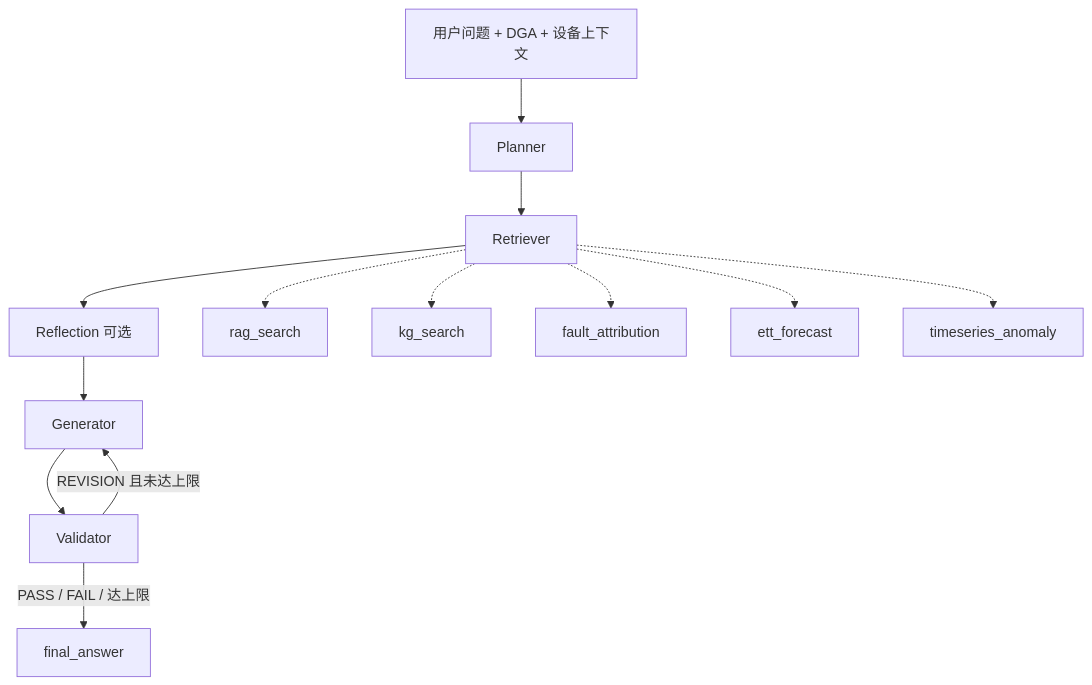
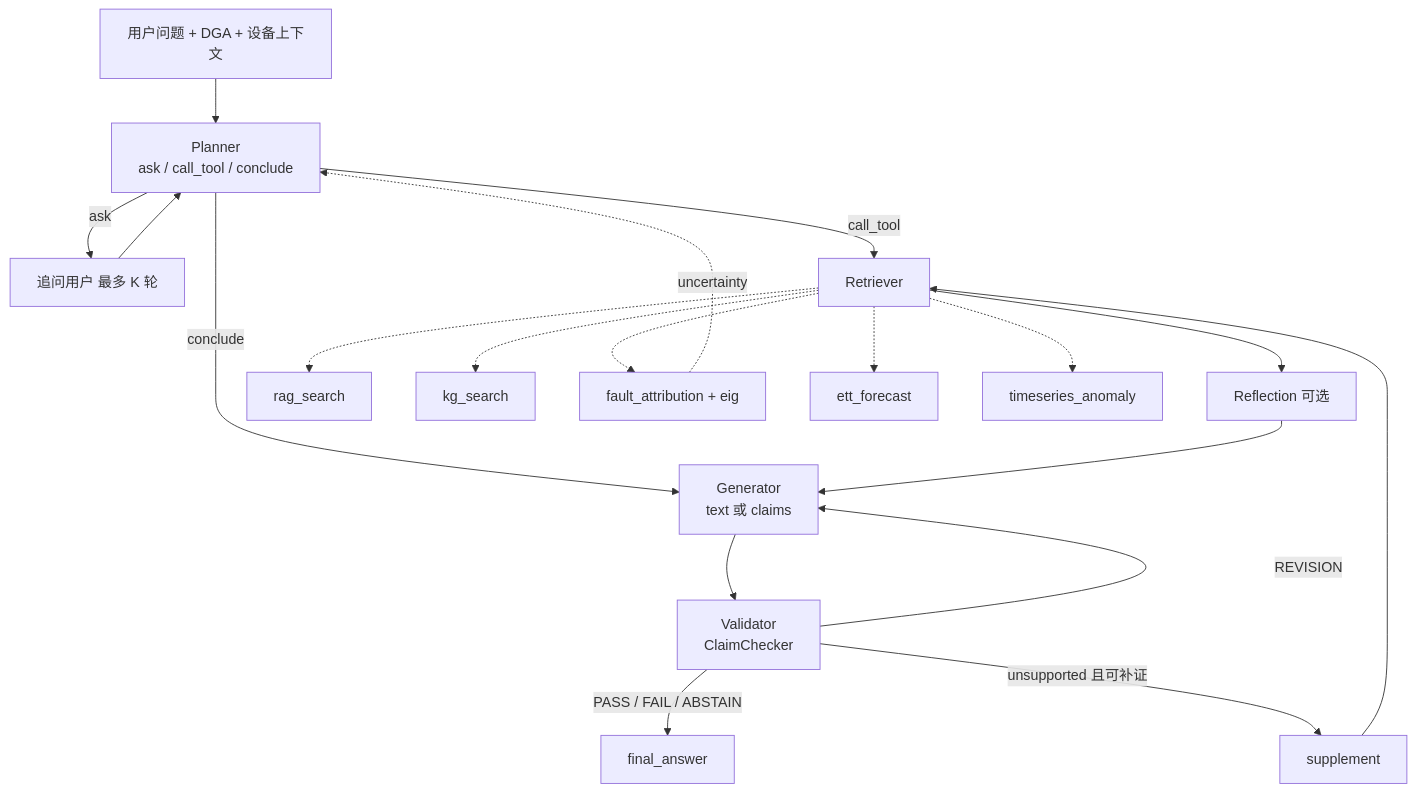
One commit to tang02-t/e_mutiAgent changed the diagram in PROJECT_OVERVIEW.md. Above: the diagram before and after it, drawn with Mermaid. The commit also changed other lines of this file and 6 other files, not shown here.

````diff
--- a/PROJECT_OVERVIEW.md
+++ b/PROJECT_OVERVIEW.md
@@ -69,15 +73,21 @@
 ```mermaid
 flowchart TD
-    U[用户问题 + DGA + 设备上下文] --> P[Planner]
-    P --> R[Retriever]
+    U[用户问题 + DGA + 设备上下文] --> P[Planner<br/>ask / call_tool / conclude]
+    P -- ask --> Q[追问用户 最多 K 轮]
+    Q --> P
+    P -- call_tool --> R[Retriever]
+    P -- conclude --> G
     R --> F[Reflection 可选]
-    F --> G[Generator]
-    G --> V[Validator]
-    V -- REVISION 且未达上限 --> G
-    V -- PASS / FAIL / 达上限 --> E[final_answer]
+    F --> G[Generator<br/>text 或 claims]
+    G --> V[Validator<br/>ClaimChecker]
+    V -- PASS / FAIL / ABSTAIN --> E[final_answer]
+    V -- REVISION --> G
+    V -- unsupported 且可补证 --> S[supplement]
+    S --> R
     R -.-> T1[rag_search]
     R -.-> T2[kg_search]
-    R -.-> T3[fault_attribution]
+    R -.-> T3[fault_attribution + eig]
     R -.-> T4[ett_forecast]
     R -.-> T5[timeseries_anomaly]
+    T3 -. uncertainty .-> P
 ```
````
